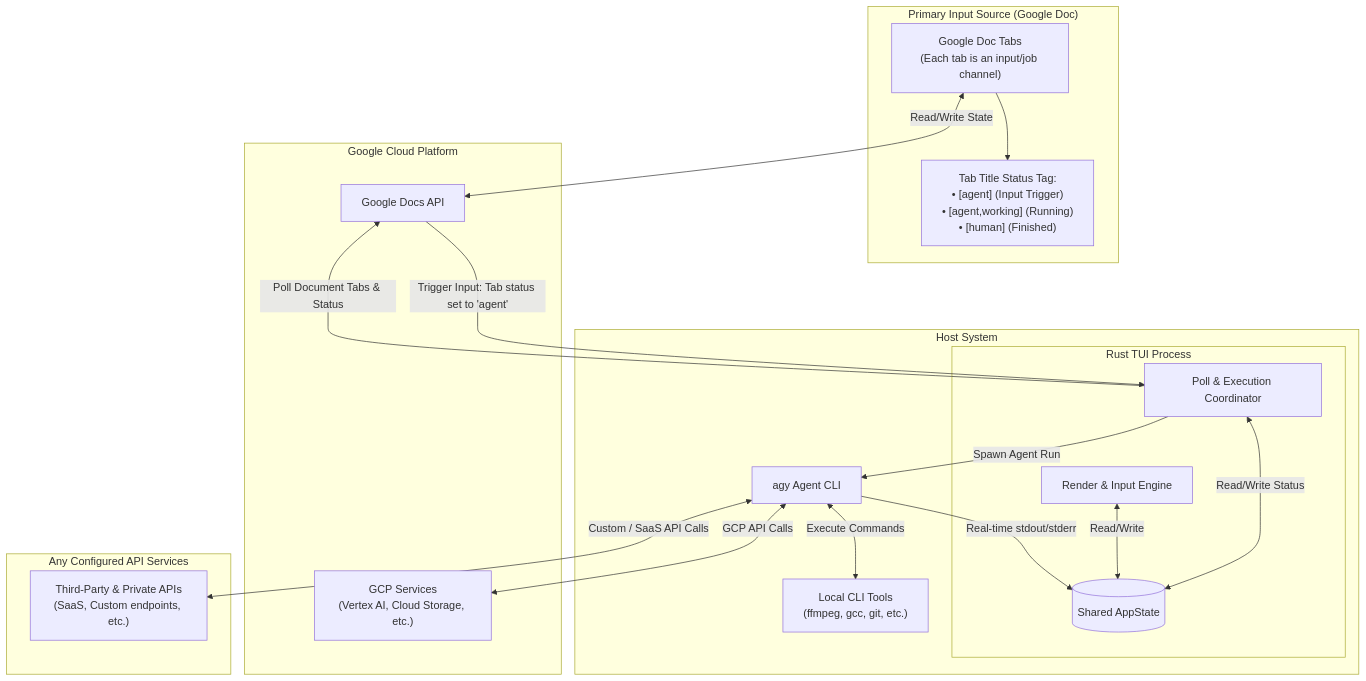
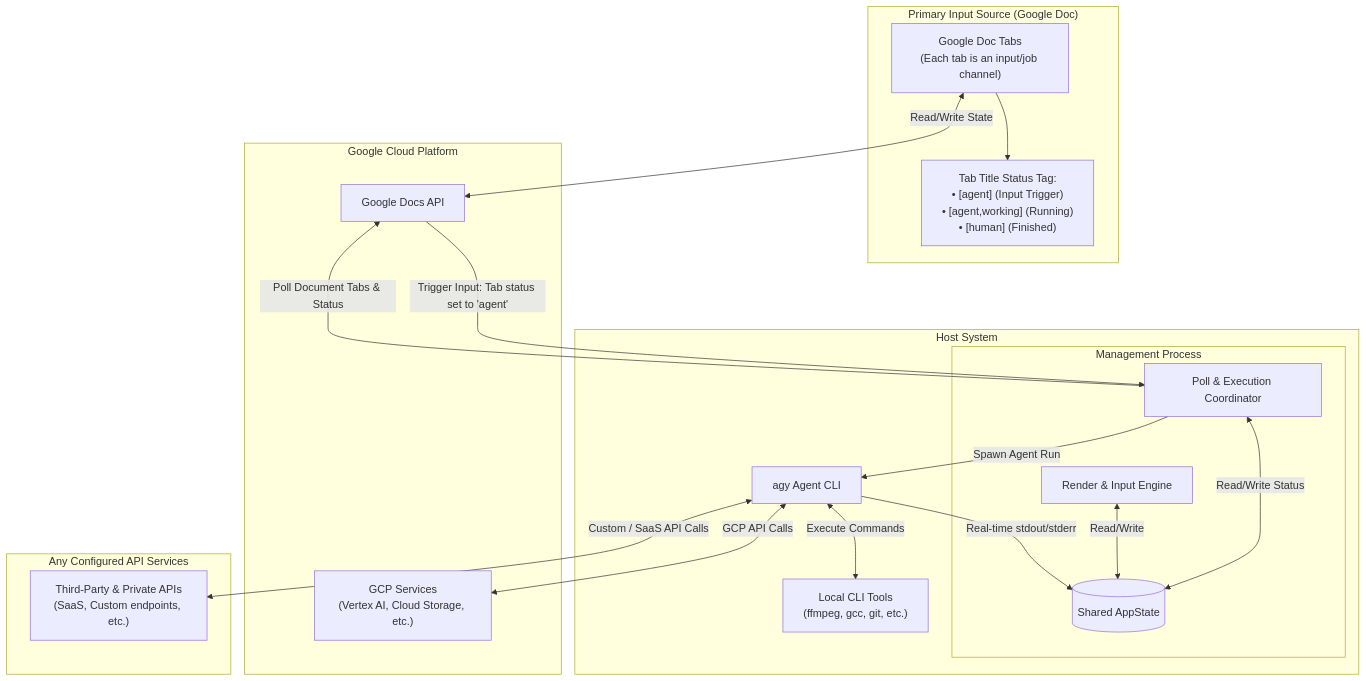
Before and after one commit to zechen0/gdocstasking: the diagram in README.md, drawn with Mermaid.

Commit message:
docs/readme: rename 'Rust TUI Process' to 'Management Process' in diagram

````diff
--- a/README.md
+++ b/README.md
@@ -30,48 +30,48 @@
 ```mermaid
 graph TD
     subgraph InputSource ["Primary Input Source (Google Doc)"]
         DocTabs["Google Doc Tabs<br>(Each tab is an input/job channel)"]
         TabStatus["Tab Title Status Tag:<br>• [agent] (Input Trigger)<br>• [agent,working] (Running)<br>• [human] (Finished)"]
         DocTabs --> TabStatus
     end
 
     subgraph Host ["Host System"]
-        subgraph TUI ["Rust TUI Process"]
+        subgraph TUI ["Management Process"]
             UI["Render & Input Engine"]
             Poll["Poll & Execution Coordinator"]
             State[("Shared AppState")]
         end
         
         agy["agy Agent CLI"]
         tools["Local CLI Tools<br>(ffmpeg, gcc, git, etc.)"]
     end
     
     subgraph GCP ["Google Cloud Platform"]
         DocsAPI["Google Docs API"]
         GCPServices["GCP Services<br>(Vertex AI, Cloud Storage, etc.)"]
     end
     
     subgraph External ["Any Configured API Services"]
         APIs["Third-Party & Private APIs<br>(SaaS, Custom endpoints, etc.)"]
     end
     
     %% Inputs & Triggers
     DocTabs <-->|Read/Write State| DocsAPI
     DocsAPI -->|Trigger Input: Tab status set to 'agent'| Poll
     
     %% UI State Communication
     UI <-->|Read/Write| State
     
     %% Polling & API Communication
     Poll -->|Poll Document Tabs & Status| DocsAPI
     Poll <-->|Read/Write Status| State
     
     %% Spawning agy
     Poll -->|Spawn Agent Run| agy
     agy -->|Real-time stdout/stderr| State
     
     %% agy interactions
     agy <-->|Execute Commands| tools
     agy <-->|GCP API Calls| GCPServices
     agy <-->|Custom / SaaS API Calls| APIs
 ```
````
